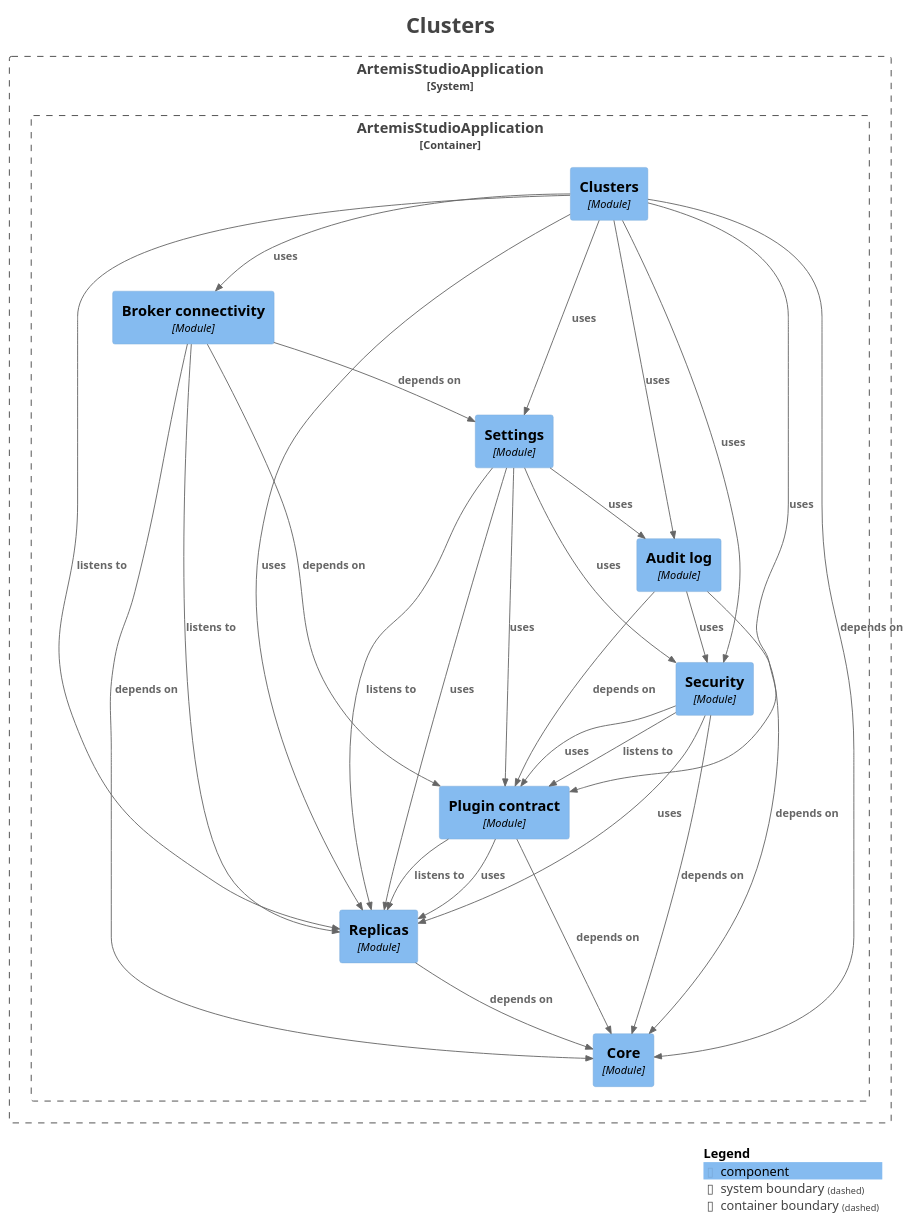
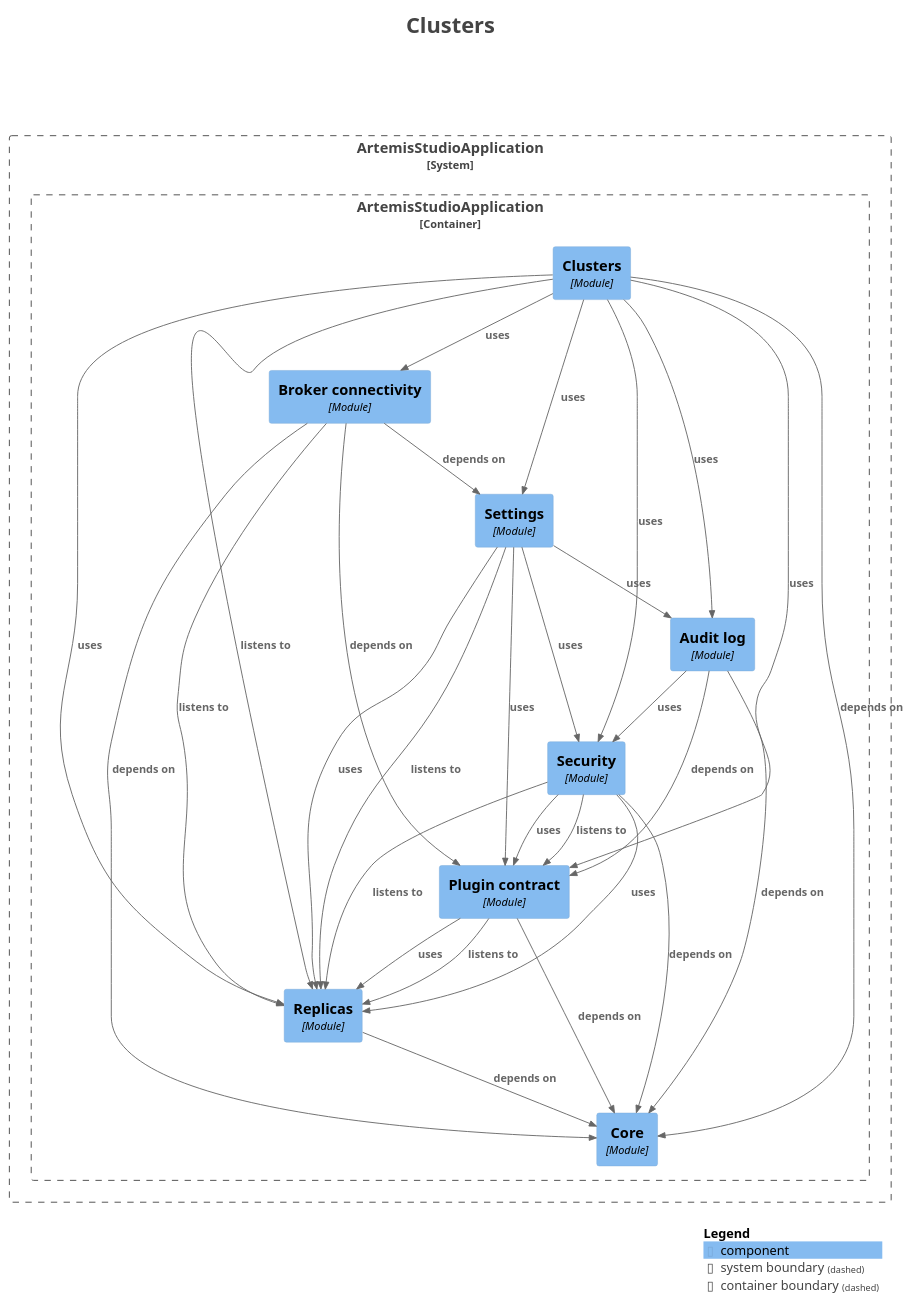
The diagram in docs/modules/module-platform.clusters.puml (sudoitir/artemis-studio), drawn with PlantUML before and after one commit. The commit also changed 43 other files, not shown here.

```diff
--- a/docs/modules/module-platform.clusters.puml
+++ b/docs/modules/module-platform.clusters.puml
@@ -1,63 +1,64 @@
 @startuml
 title <size:24>Clusters</size>
 
 set separator none
 top to bottom direction
 
 <style>
   root {
     BackgroundColor: #ffffff
     FontColor: #444444
   }
 </style>
 
 !include <C4/C4>
 !include <C4/C4_Context>
 !include <C4/C4_Component>
 
 System_Boundary("ArtemisStudioApplication_boundary", "ArtemisStudioApplication", $tags="") {
   Container_Boundary("ArtemisStudioApplication.ArtemisStudioApplication_boundary", "ArtemisStudioApplication", $tags="") {
     Component(ArtemisStudioApplication.ArtemisStudioApplication.Settings, "Settings", $techn="Module", $descr="", $tags="", $link="")
     Component(ArtemisStudioApplication.ArtemisStudioApplication.Brokerconnectivity, "Broker connectivity", $techn="Module", $descr="", $tags="", $link="")
     Component(ArtemisStudioApplication.ArtemisStudioApplication.Clusters, "Clusters", $techn="Module", $descr="", $tags="", $link="")
     Component(ArtemisStudioApplication.ArtemisStudioApplication.Core, "Core", $techn="Module", $descr="", $tags="", $link="")
     Component(ArtemisStudioApplication.ArtemisStudioApplication.Replicas, "Replicas", $techn="Module", $descr="", $tags="", $link="")
     Component(ArtemisStudioApplication.ArtemisStudioApplication.Plugincontract, "Plugin contract", $techn="Module", $descr="", $tags="", $link="")
     Component(ArtemisStudioApplication.ArtemisStudioApplication.Security, "Security", $techn="Module", $descr="", $tags="", $link="")
     Component(ArtemisStudioApplication.ArtemisStudioApplication.Auditlog, "Audit log", $techn="Module", $descr="", $tags="", $link="")
   }
 
 }
 
 Rel(ArtemisStudioApplication.ArtemisStudioApplication.Auditlog, ArtemisStudioApplication.ArtemisStudioApplication.Core, "depends on", $techn="", $tags="", $link="")
 Rel(ArtemisStudioApplication.ArtemisStudioApplication.Auditlog, ArtemisStudioApplication.ArtemisStudioApplication.Plugincontract, "depends on", $techn="", $tags="", $link="")
 Rel(ArtemisStudioApplication.ArtemisStudioApplication.Auditlog, ArtemisStudioApplication.ArtemisStudioApplication.Security, "uses", $techn="", $tags="", $link="")
 Rel(ArtemisStudioApplication.ArtemisStudioApplication.Brokerconnectivity, ArtemisStudioApplication.ArtemisStudioApplication.Core, "depends on", $techn="", $tags="", $link="")
 Rel(ArtemisStudioApplication.ArtemisStudioApplication.Brokerconnectivity, ArtemisStudioApplication.ArtemisStudioApplication.Plugincontract, "depends on", $techn="", $tags="", $link="")
 Rel(ArtemisStudioApplication.ArtemisStudioApplication.Brokerconnectivity, ArtemisStudioApplication.ArtemisStudioApplication.Replicas, "listens to", $techn="", $tags="", $link="")
 Rel(ArtemisStudioApplication.ArtemisStudioApplication.Brokerconnectivity, ArtemisStudioApplication.ArtemisStudioApplication.Settings, "depends on", $techn="", $tags="", $link="")
 Rel(ArtemisStudioApplication.ArtemisStudioApplication.Clusters, ArtemisStudioApplication.ArtemisStudioApplication.Auditlog, "uses", $techn="", $tags="", $link="")
 Rel(ArtemisStudioApplication.ArtemisStudioApplication.Clusters, ArtemisStudioApplication.ArtemisStudioApplication.Brokerconnectivity, "uses", $techn="", $tags="", $link="")
 Rel(ArtemisStudioApplication.ArtemisStudioApplication.Clusters, ArtemisStudioApplication.ArtemisStudioApplication.Core, "depends on", $techn="", $tags="", $link="")
 Rel(ArtemisStudioApplication.ArtemisStudioApplication.Clusters, ArtemisStudioApplication.ArtemisStudioApplication.Plugincontract, "uses", $techn="", $tags="", $link="")
 Rel(ArtemisStudioApplication.ArtemisStudioApplication.Clusters, ArtemisStudioApplication.ArtemisStudioApplication.Replicas, "listens to", $techn="", $tags="", $link="")
 Rel(ArtemisStudioApplication.ArtemisStudioApplication.Clusters, ArtemisStudioApplication.ArtemisStudioApplication.Replicas, "uses", $techn="", $tags="", $link="")
 Rel(ArtemisStudioApplication.ArtemisStudioApplication.Clusters, ArtemisStudioApplication.ArtemisStudioApplication.Security, "uses", $techn="", $tags="", $link="")
 Rel(ArtemisStudioApplication.ArtemisStudioApplication.Clusters, ArtemisStudioApplication.ArtemisStudioApplication.Settings, "uses", $techn="", $tags="", $link="")
 Rel(ArtemisStudioApplication.ArtemisStudioApplication.Plugincontract, ArtemisStudioApplication.ArtemisStudioApplication.Core, "depends on", $techn="", $tags="", $link="")
 Rel(ArtemisStudioApplication.ArtemisStudioApplication.Plugincontract, ArtemisStudioApplication.ArtemisStudioApplication.Replicas, "listens to", $techn="", $tags="", $link="")
 Rel(ArtemisStudioApplication.ArtemisStudioApplication.Plugincontract, ArtemisStudioApplication.ArtemisStudioApplication.Replicas, "uses", $techn="", $tags="", $link="")
 Rel(ArtemisStudioApplication.ArtemisStudioApplication.Replicas, ArtemisStudioApplication.ArtemisStudioApplication.Core, "depends on", $techn="", $tags="", $link="")
 Rel(ArtemisStudioApplication.ArtemisStudioApplication.Security, ArtemisStudioApplication.ArtemisStudioApplication.Core, "depends on", $techn="", $tags="", $link="")
 Rel(ArtemisStudioApplication.ArtemisStudioApplication.Security, ArtemisStudioApplication.ArtemisStudioApplication.Plugincontract, "listens to", $techn="", $tags="", $link="")
 Rel(ArtemisStudioApplication.ArtemisStudioApplication.Security, ArtemisStudioApplication.ArtemisStudioApplication.Plugincontract, "uses", $techn="", $tags="", $link="")
+Rel(ArtemisStudioApplication.ArtemisStudioApplication.Security, ArtemisStudioApplication.ArtemisStudioApplication.Replicas, "listens to", $techn="", $tags="", $link="")
 Rel(ArtemisStudioApplication.ArtemisStudioApplication.Security, ArtemisStudioApplication.ArtemisStudioApplication.Replicas, "uses", $techn="", $tags="", $link="")
 Rel(ArtemisStudioApplication.ArtemisStudioApplication.Settings, ArtemisStudioApplication.ArtemisStudioApplication.Auditlog, "uses", $techn="", $tags="", $link="")
 Rel(ArtemisStudioApplication.ArtemisStudioApplication.Settings, ArtemisStudioApplication.ArtemisStudioApplication.Plugincontract, "uses", $techn="", $tags="", $link="")
 Rel(ArtemisStudioApplication.ArtemisStudioApplication.Settings, ArtemisStudioApplication.ArtemisStudioApplication.Replicas, "listens to", $techn="", $tags="", $link="")
 Rel(ArtemisStudioApplication.ArtemisStudioApplication.Settings, ArtemisStudioApplication.ArtemisStudioApplication.Replicas, "uses", $techn="", $tags="", $link="")
 Rel(ArtemisStudioApplication.ArtemisStudioApplication.Settings, ArtemisStudioApplication.ArtemisStudioApplication.Security, "uses", $techn="", $tags="", $link="")
 
 SHOW_LEGEND(true)
 hide stereotypes
 @enduml
```
